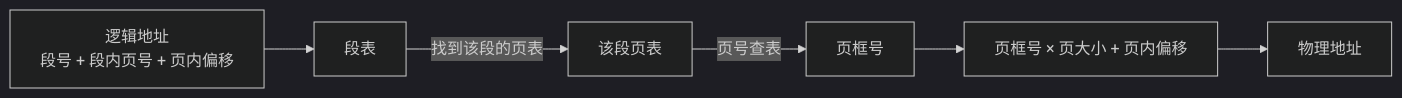
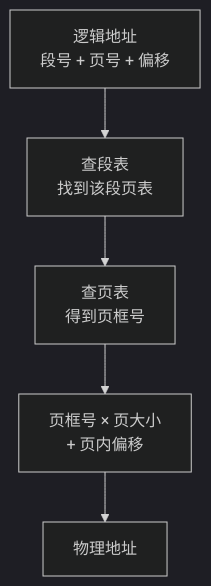
One commit to 74262195/system-architect-notes changed diagram 13 of 13 in 01_综合知识/01_计算机基础知识/02_操作系统/存储管理.md. Above: the diagram before and after it, drawn with Mermaid (dark theme). The commit also changed other lines of this file and 1 other file, not shown here.

First line of the commit message:
系统补齐存储管理关键关系图并优化可读性 (#35)

````diff
--- a/01_综合知识/01_计算机基础知识/02_操作系统/存储管理.md
+++ b/01_综合知识/01_计算机基础知识/02_操作系统/存储管理.md
@@ -585,8 +655,7 @@
 ```mermaid
-flowchart LR
-  A[逻辑地址\n段号 + 段内页号 + 页内偏移] --> B[段表]
-  B -->|找到该段的页表| C[该段页表]
-  C -->|页号查表| D[页框号]
-  D --> E[页框号 × 页大小 + 页内偏移]
-  E --> F[物理地址]
+flowchart TB
+  A[逻辑地址<br/>段号 + 页号 + 偏移] --> B[查段表<br/>找到该段页表]
+  B --> C[查页表<br/>得到页框号]
+  C --> D[页框号 × 页大小<br/>+ 页内偏移]
+  D --> E[物理地址]
 ```
````
